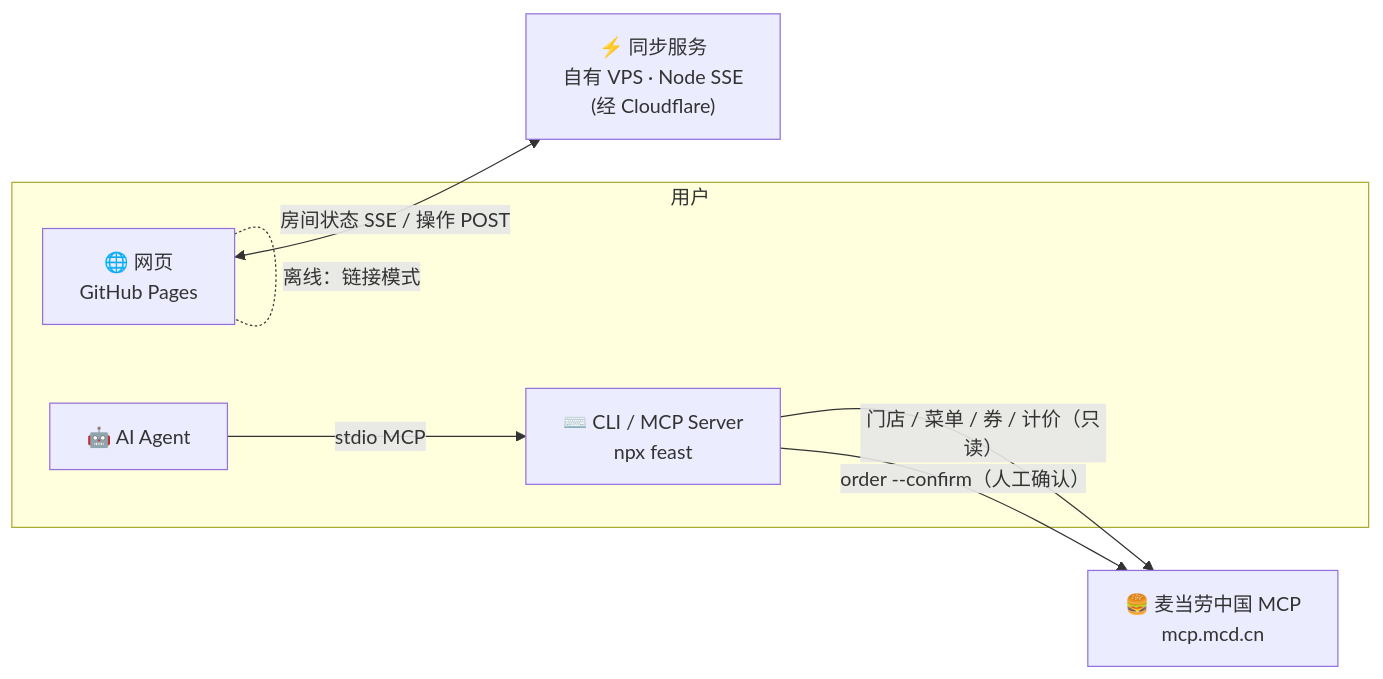
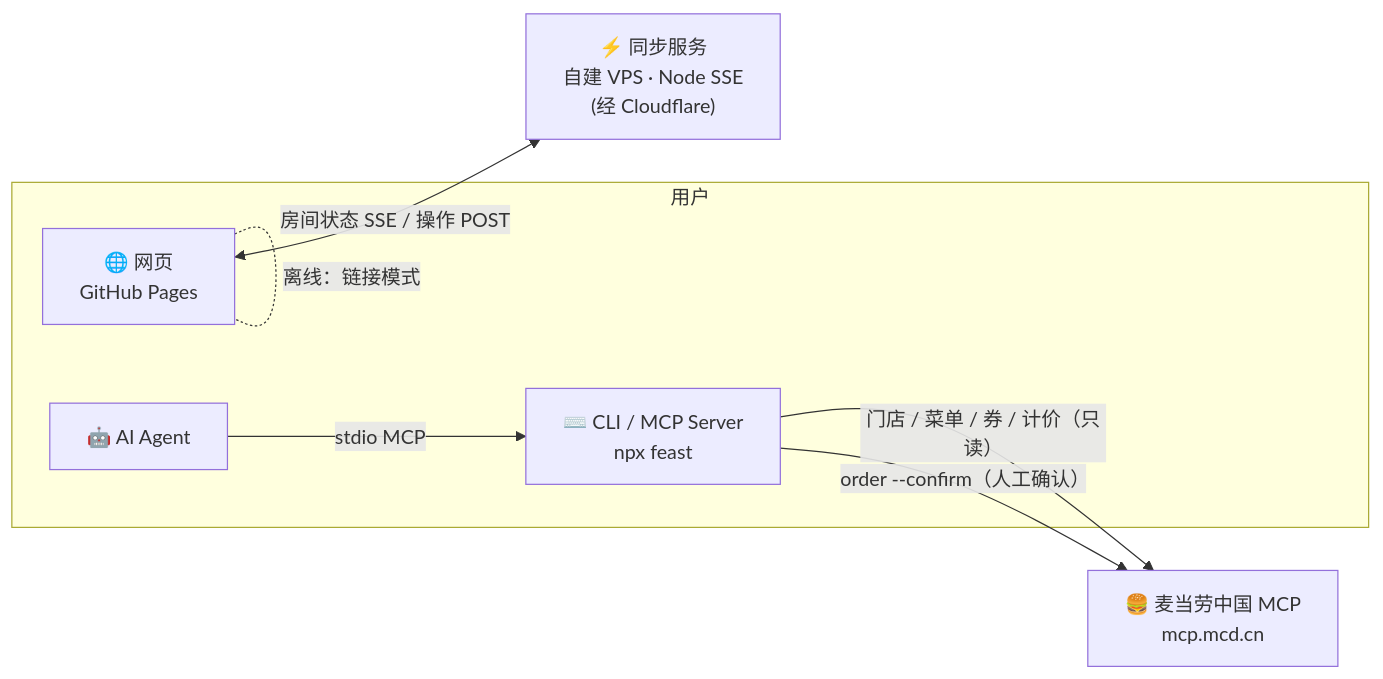
The diagram in README.md (Jasonin2099/mcd-team-feast), drawn with Mermaid before and after one commit. The commit also changed 12 other files, not shown here.

````diff
--- a/README.md
+++ b/README.md
@@ -71,15 +71,15 @@
 ```mermaid
 flowchart LR
   subgraph 用户
     W["🌐 网页<br/>GitHub Pages"]
     C["⌨️ CLI / MCP Server<br/>npx feast"]
     A["🤖 AI Agent"]
   end
-  S["⚡ 同步服务<br/>自有 VPS · Node SSE<br/>(经 Cloudflare)"]
+  S["⚡ 同步服务<br/>自建 VPS · Node SSE<br/>(经 Cloudflare)"]
   M["🍔 麦当劳中国 MCP<br/>mcp.mcd.cn"]
   W <-- "房间状态 SSE / 操作 POST" --> S
   W -. "离线：链接模式" .- W
   A -- "stdio MCP" --> C
   C -- "门店 / 菜单 / 券 / 计价（只读）" --> M
   C -- "order --confirm（人工确认）" --> M
 ```
````
